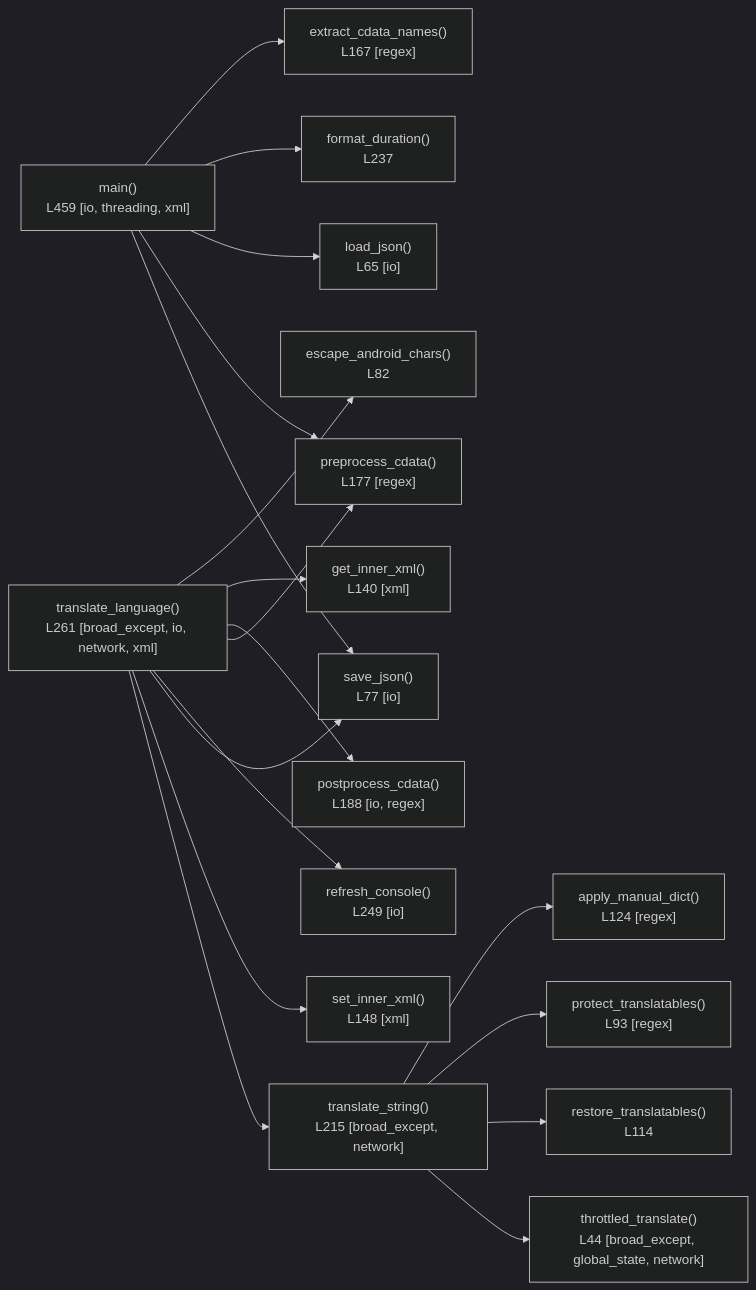
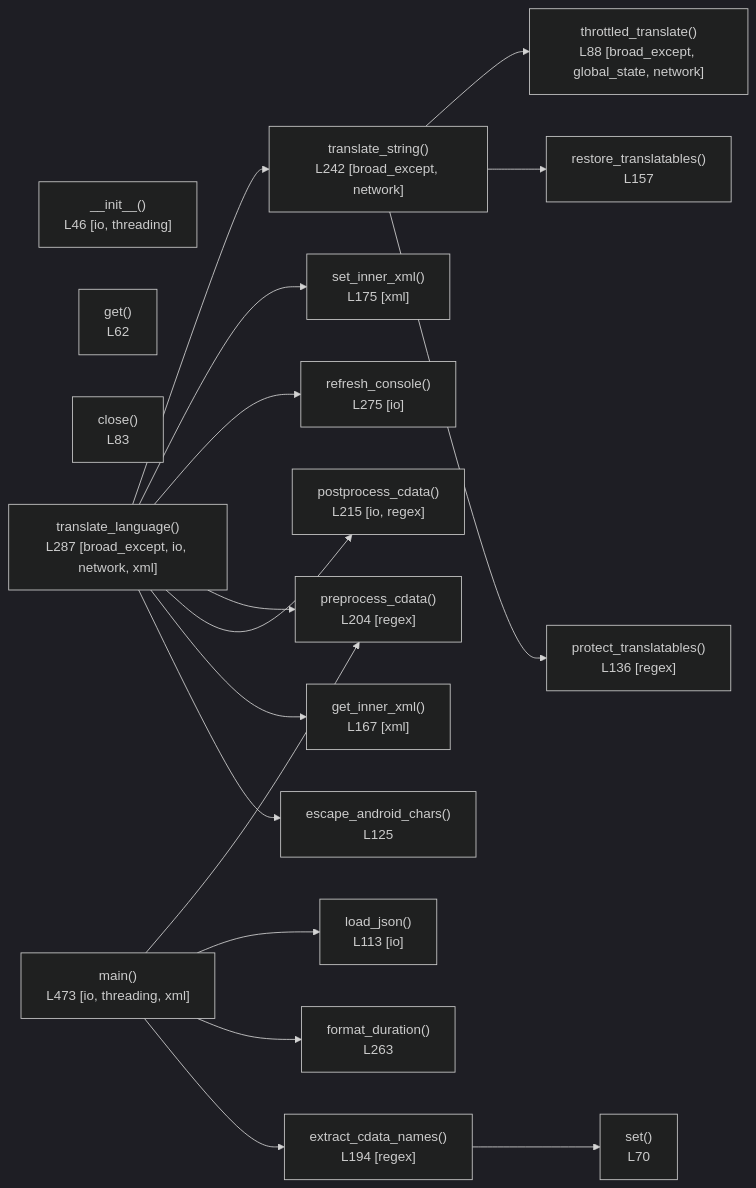
Before and after one commit to doanvu2000/ToolTranslateStringXMLAndroid: the third of 3 diagrams in code_review_graph.md, drawn with Mermaid (dark theme). The commit also changed other lines of this file and 8 other files, not shown here.

````diff
--- a/code_review_graph.md
+++ b/code_review_graph.md
@@ -38,38 +36,38 @@
 ```mermaid
 flowchart LR
-    translate_throttled_translate["throttled_translate()\nL44 [broad_except, global_state, network]"]
-    translate_load_json["load_json()\nL65 [io]"]
-    translate_save_json["save_json()\nL77 [io]"]
-    translate_escape_android_chars["escape_android_chars()\nL82"]
-    translate_protect_translatables["protect_translatables()\nL93 [regex]"]
-    translate_restore_translatables["restore_translatables()\nL114"]
-    translate_apply_manual_dict["apply_manual_dict()\nL124 [regex]"]
-    translate_get_inner_xml["get_inner_xml()\nL140 [xml]"]
-    translate_set_inner_xml["set_inner_xml()\nL148 [xml]"]
-    translate_extract_cdata_names["extract_cdata_names()\nL167 [regex]"]
-    translate_preprocess_cdata["preprocess_cdata()\nL177 [regex]"]
-    translate_postprocess_cdata["postprocess_cdata()\nL188 [io, regex]"]
-    translate_translate_string["translate_string()\nL215 [broad_except, network]"]
-    translate_format_duration["format_duration()\nL237"]
-    translate_refresh_console["refresh_console()\nL249 [io]"]
-    translate_translate_language["translate_language()\nL261 [broad_except, io, network, xml]"]
-    translate_main["main()\nL459 [io, threading, xml]"]
+    translate___init__["__init__()\nL46 [io, threading]"]
+    translate_get["get()\nL62"]
+    translate_set["set()\nL70"]
+    translate_close["close()\nL83"]
+    translate_throttled_translate["throttled_translate()\nL88 [broad_except, global_state, network]"]
+    translate_load_json["load_json()\nL113 [io]"]
+    translate_escape_android_chars["escape_android_chars()\nL125"]
+    translate_protect_translatables["protect_translatables()\nL136 [regex]"]
+    translate_restore_translatables["restore_translatables()\nL157"]
+    translate_get_inner_xml["get_inner_xml()\nL167 [xml]"]
+    translate_set_inner_xml["set_inner_xml()\nL175 [xml]"]
+    translate_extract_cdata_names["extract_cdata_names()\nL194 [regex]"]
+    translate_preprocess_cdata["preprocess_cdata()\nL204 [regex]"]
+    translate_postprocess_cdata["postprocess_cdata()\nL215 [io, regex]"]
+    translate_translate_string["translate_string()\nL242 [broad_except, network]"]
+    translate_format_duration["format_duration()\nL263"]
+    translate_refresh_console["refresh_console()\nL275 [io]"]
+    translate_translate_language["translate_language()\nL287 [broad_except, io, network, xml]"]
+    translate_main["main()\nL473 [io, threading, xml]"]
     %% Internal calls
-    translate_translate_string --> translate_apply_manual_dict
+    translate_extract_cdata_names --> translate_set
     translate_translate_string --> translate_protect_translatables
     translate_translate_string --> translate_restore_translatables
     translate_translate_string --> translate_throttled_translate
     translate_translate_language --> translate_escape_android_chars
     translate_translate_language --> translate_get_inner_xml
     translate_translate_language --> translate_postprocess_cdata
     translate_translate_language --> translate_preprocess_cdata
     translate_translate_language --> translate_refresh_console
-    translate_translate_language --> translate_save_json
     translate_translate_language --> translate_set_inner_xml
     translate_translate_language --> translate_translate_string
     translate_main --> translate_extract_cdata_names
     translate_main --> translate_format_duration
     translate_main --> translate_load_json
     translate_main --> translate_preprocess_cdata
-    translate_main --> translate_save_json
 ```
````
